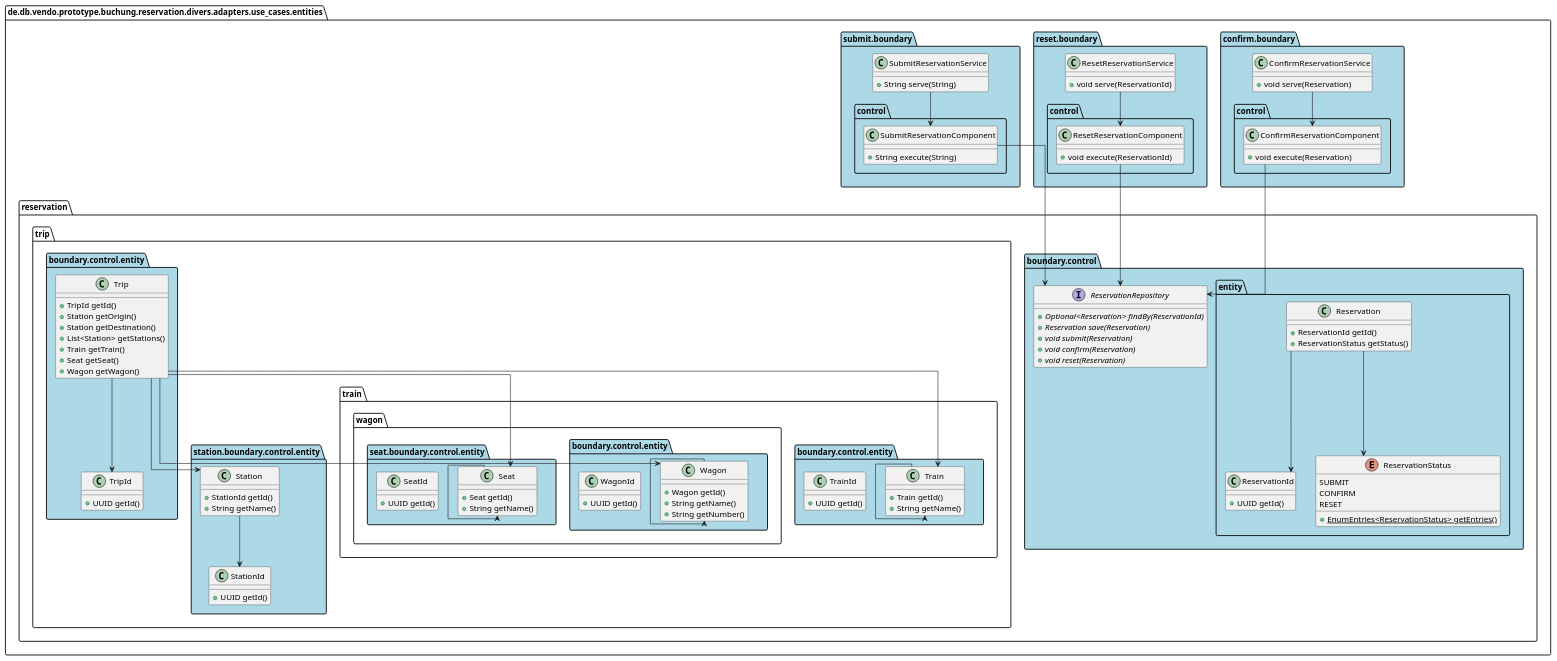
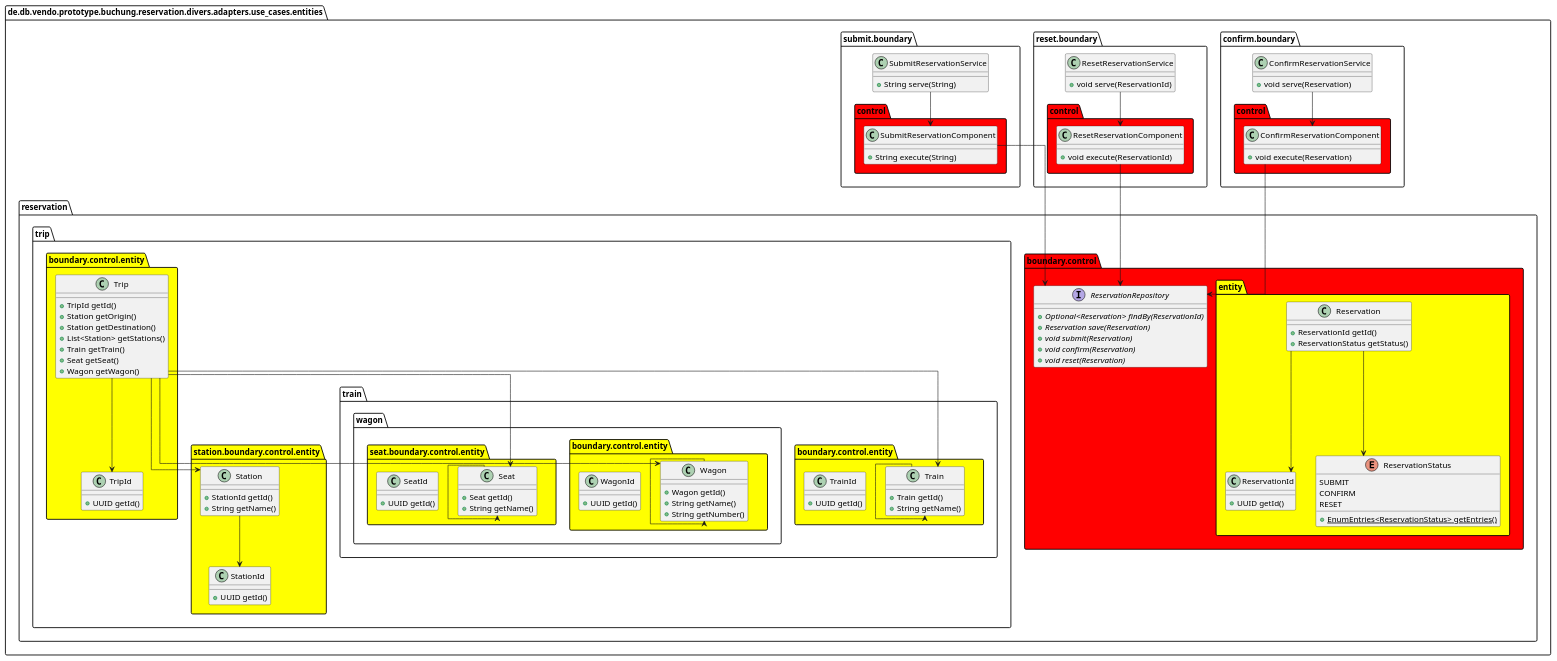
Before and after one commit to punkratz312/reservation-proto: the diagram in doc/uml/puml/entities.puml, drawn with PlantUML. The commit also changed 12 other files, not shown here.

```diff
--- a/doc/uml/puml/entities.puml
+++ b/doc/uml/puml/entities.puml
@@ -2,30 +2,21 @@
 !pragma useIntermediatePackages false
 skinparam linetype ortho
 show stereotype
-package boundary as de.db.vendo.prototype.buchung.reservation.divers.adapters.use_cases.entities.confirm.boundary #lightblue {}
-package control as de.db.vendo.prototype.buchung.reservation.divers.adapters.use_cases.entities.confirm.boundary.control #lightblue {}
-package boundary as de.db.vendo.prototype.buchung.reservation.divers.adapters.use_cases.entities.reservation.boundary #lightblue {}
-package control as de.db.vendo.prototype.buchung.reservation.divers.adapters.use_cases.entities.reservation.boundary.control #lightblue {}
-package entity as de.db.vendo.prototype.buchung.reservation.divers.adapters.use_cases.entities.reservation.boundary.control.entity #lightblue {}
-package boundary as de.db.vendo.prototype.buchung.reservation.divers.adapters.use_cases.entities.reservation.trip.boundary #lightblue {}
-package control as de.db.vendo.prototype.buchung.reservation.divers.adapters.use_cases.entities.reservation.trip.boundary.control #lightblue {}
-package entity as de.db.vendo.prototype.buchung.reservation.divers.adapters.use_cases.entities.reservation.trip.boundary.control.entity #lightblue {}
-package boundary as de.db.vendo.prototype.buchung.reservation.divers.adapters.use_cases.entities.reservation.trip.station.boundary #lightblue {}
-package control as de.db.vendo.prototype.buchung.reservation.divers.adapters.use_cases.entities.reservation.trip.station.boundary.control #lightblue {}
-package entity as de.db.vendo.prototype.buchung.reservation.divers.adapters.use_cases.entities.reservation.trip.station.boundary.control.entity #lightblue {}
-package boundary as de.db.vendo.prototype.buchung.reservation.divers.adapters.use_cases.entities.reservation.trip.train.boundary #lightblue {}
-package control as de.db.vendo.prototype.buchung.reservation.divers.adapters.use_cases.entities.reservation.trip.train.boundary.control #lightblue {}
-package entity as de.db.vendo.prototype.buchung.reservation.divers.adapters.use_cases.entities.reservation.trip.train.boundary.control.entity #lightblue {}
-package boundary as de.db.vendo.prototype.buchung.reservation.divers.adapters.use_cases.entities.reservation.trip.train.wagon.boundary #lightblue {}
-package control as de.db.vendo.prototype.buchung.reservation.divers.adapters.use_cases.entities.reservation.trip.train.wagon.boundary.control #lightblue {}
-package entity as de.db.vendo.prototype.buchung.reservation.divers.adapters.use_cases.entities.reservation.trip.train.wagon.boundary.control.entity #lightblue {}
-package boundary as de.db.vendo.prototype.buchung.reservation.divers.adapters.use_cases.entities.reservation.trip.train.wagon.seat.boundary #lightblue {}
-package control as de.db.vendo.prototype.buchung.reservation.divers.adapters.use_cases.entities.reservation.trip.train.wagon.seat.boundary.control #lightblue {}
-package entity as de.db.vendo.prototype.buchung.reservation.divers.adapters.use_cases.entities.reservation.trip.train.wagon.seat.boundary.control.entity #lightblue {}
-package boundary as de.db.vendo.prototype.buchung.reservation.divers.adapters.use_cases.entities.reset.boundary #lightblue {}
-package control as de.db.vendo.prototype.buchung.reservation.divers.adapters.use_cases.entities.reset.boundary.control #lightblue {}
-package boundary as de.db.vendo.prototype.buchung.reservation.divers.adapters.use_cases.entities.submit.boundary #lightblue {}
-package control as de.db.vendo.prototype.buchung.reservation.divers.adapters.use_cases.entities.submit.boundary.control #lightblue {}
+package control as de.db.vendo.prototype.buchung.reservation.divers.adapters.use_cases.entities.confirm.boundary.control #red {}
+package control as de.db.vendo.prototype.buchung.reservation.divers.adapters.use_cases.entities.reservation.boundary.control #red {}
+package entity as de.db.vendo.prototype.buchung.reservation.divers.adapters.use_cases.entities.reservation.boundary.control.entity #yellow {}
+package control as de.db.vendo.prototype.buchung.reservation.divers.adapters.use_cases.entities.reservation.trip.boundary.control #red {}
+package entity as de.db.vendo.prototype.buchung.reservation.divers.adapters.use_cases.entities.reservation.trip.boundary.control.entity #yellow {}
+package control as de.db.vendo.prototype.buchung.reservation.divers.adapters.use_cases.entities.reservation.trip.station.boundary.control #red {}
+package entity as de.db.vendo.prototype.buchung.reservation.divers.adapters.use_cases.entities.reservation.trip.station.boundary.control.entity #yellow {}
+package control as de.db.vendo.prototype.buchung.reservation.divers.adapters.use_cases.entities.reservation.trip.train.boundary.control #red {}
+package entity as de.db.vendo.prototype.buchung.reservation.divers.adapters.use_cases.entities.reservation.trip.train.boundary.control.entity #yellow {}
+package control as de.db.vendo.prototype.buchung.reservation.divers.adapters.use_cases.entities.reservation.trip.train.wagon.boundary.control #red {}
+package entity as de.db.vendo.prototype.buchung.reservation.divers.adapters.use_cases.entities.reservation.trip.train.wagon.boundary.control.entity #yellow {}
+package control as de.db.vendo.prototype.buchung.reservation.divers.adapters.use_cases.entities.reservation.trip.train.wagon.seat.boundary.control #red {}
+package entity as de.db.vendo.prototype.buchung.reservation.divers.adapters.use_cases.entities.reservation.trip.train.wagon.seat.boundary.control.entity #yellow {}
+package control as de.db.vendo.prototype.buchung.reservation.divers.adapters.use_cases.entities.reset.boundary.control #red {}
+package control as de.db.vendo.prototype.buchung.reservation.divers.adapters.use_cases.entities.submit.boundary.control #red {}
 
 class "ConfirmReservationService" as de.db.vendo.prototype.buchung.reservation.divers.adapters.use_cases.entities.confirm.boundary.ConfirmReservationService {
   +void serve(Reservation)
```
